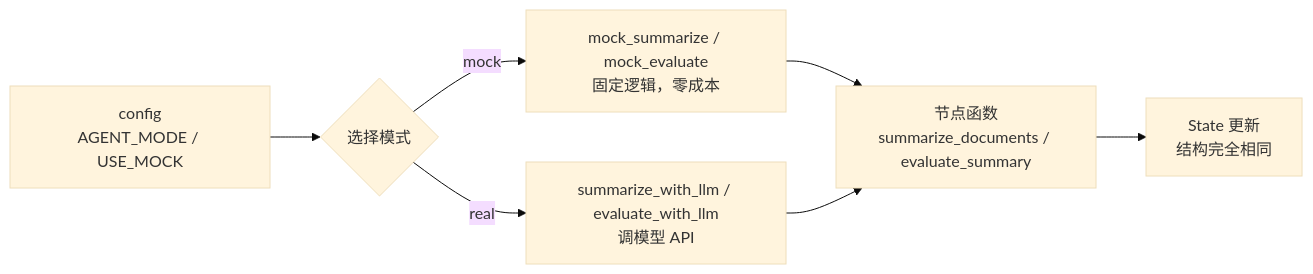
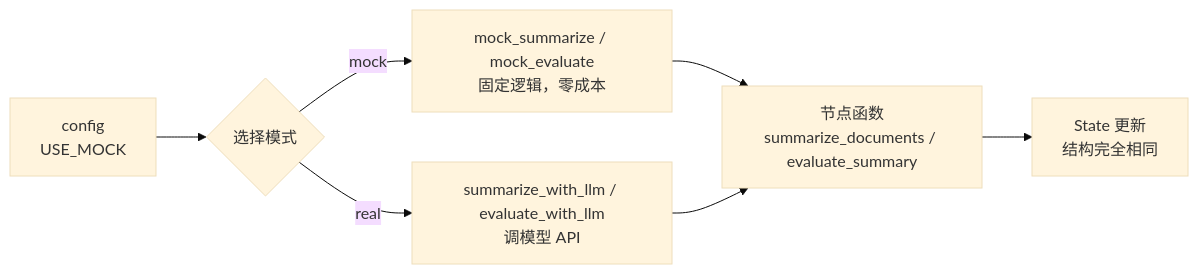
Before and after one commit to sealzrt/2026-08--agent: the second of 2 diagrams in ai-agent学习/06.LangGraph入门/08.LLM调用与提示词组织.md, drawn with Mermaid (base theme). The commit also changed other lines of this file and 30 other files, not shown here.

````diff
--- a/ai-agent学习/06.LangGraph入门/08.LLM调用与提示词组织.md
+++ b/ai-agent学习/06.LangGraph入门/08.LLM调用与提示词组织.md
@@ -295,9 +295,9 @@
 ```mermaid
 flowchart LR
-    CFG["config<br/>AGENT_MODE / USE_MOCK"] --> SW{"选择模式"}
+    CFG["config<br/>USE_MOCK"] --> SW{"选择模式"}
     SW -- "mock" --> M["mock_summarize / mock_evaluate<br/>固定逻辑，零成本"]
     SW -- "real" --> R["summarize_with_llm / evaluate_with_llm<br/>调模型 API"]
     M --> N["节点函数<br/>summarize_documents / evaluate_summary"]
     R --> N
     N --> S["State 更新<br/>结构完全相同"]
 ```
````
